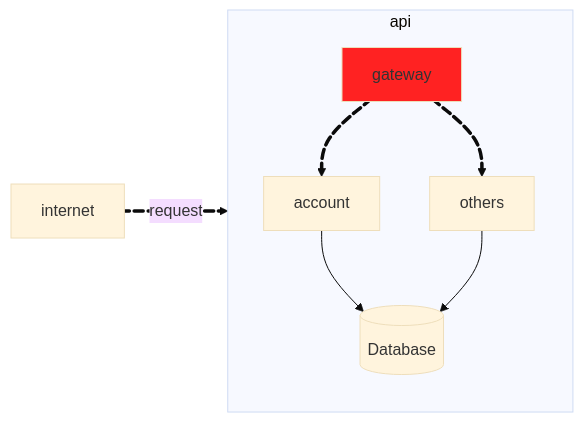
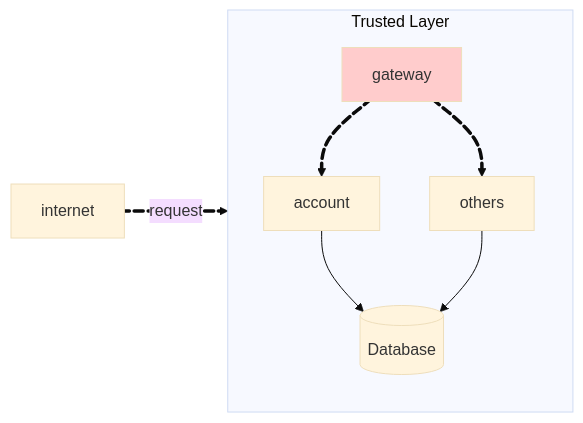
The diagram in docs/checkpoints/checkpoint2.md (laupontiroli/platform_api-serv), drawn with Mermaid (base theme) before and after one commit. The commit also changed 5 other files, not shown here.

````diff
--- a/docs/checkpoints/checkpoint2.md
+++ b/docs/checkpoints/checkpoint2.md
@@ -4,15 +4,15 @@
 ``` mermaid
 flowchart LR
-    subgraph api
+    subgraph api [Trusted Layer]
         direction TB
         gateway e2@==> account
         gateway e4@==> others
         account --> db@{ shape: cyl, label: "Database" }
         others --> db
     end
-    internet e1@==>|request| gateway:::color
+    internet e1@==>|request| gateway:::red
     e1@{ animate: true }
     e2@{ animate: true }
     e4@{ animate: true }
-    classDef color fill:#f22
+    classDef red fill:#fcc
 ```
````
